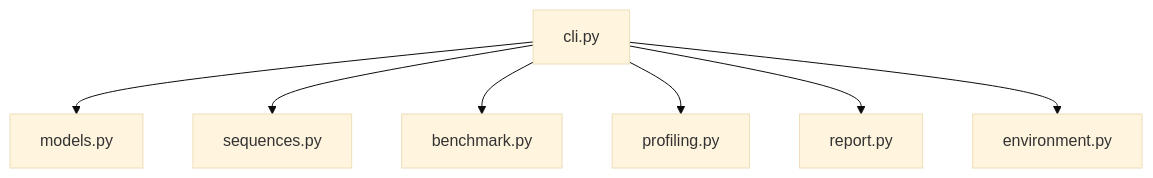
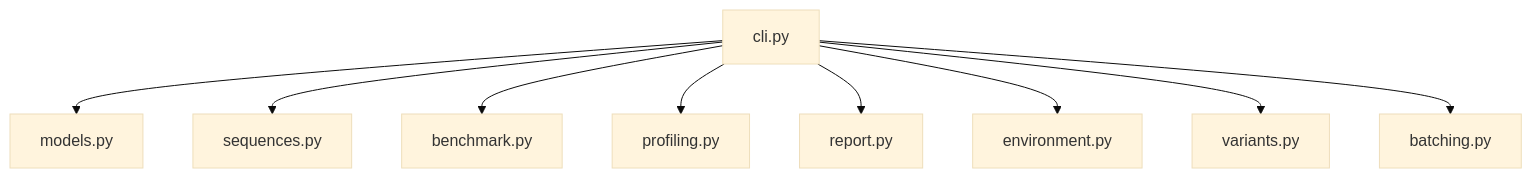
Before and after one commit to salmansystech/ProteinPerf: the second of 6 diagrams in docs/ARCHITECTURE.md, drawn with Mermaid (base theme). The commit also changed other lines of this file, not shown here.

Commit message:
Document phase 3 architecture

````diff
--- a/docs/ARCHITECTURE.md
+++ b/docs/ARCHITECTURE.md
@@ -83,9 +86,11 @@
 ```mermaid
 flowchart TD
     cli[cli.py] --> models[models.py]
     cli --> sequences[sequences.py]
     cli --> benchmark[benchmark.py]
     cli --> profiling[profiling.py]
     cli --> report[report.py]
     cli --> environment[environment.py]
+    cli --> variants[variants.py]
+    cli --> batching[batching.py]
 ```
````
